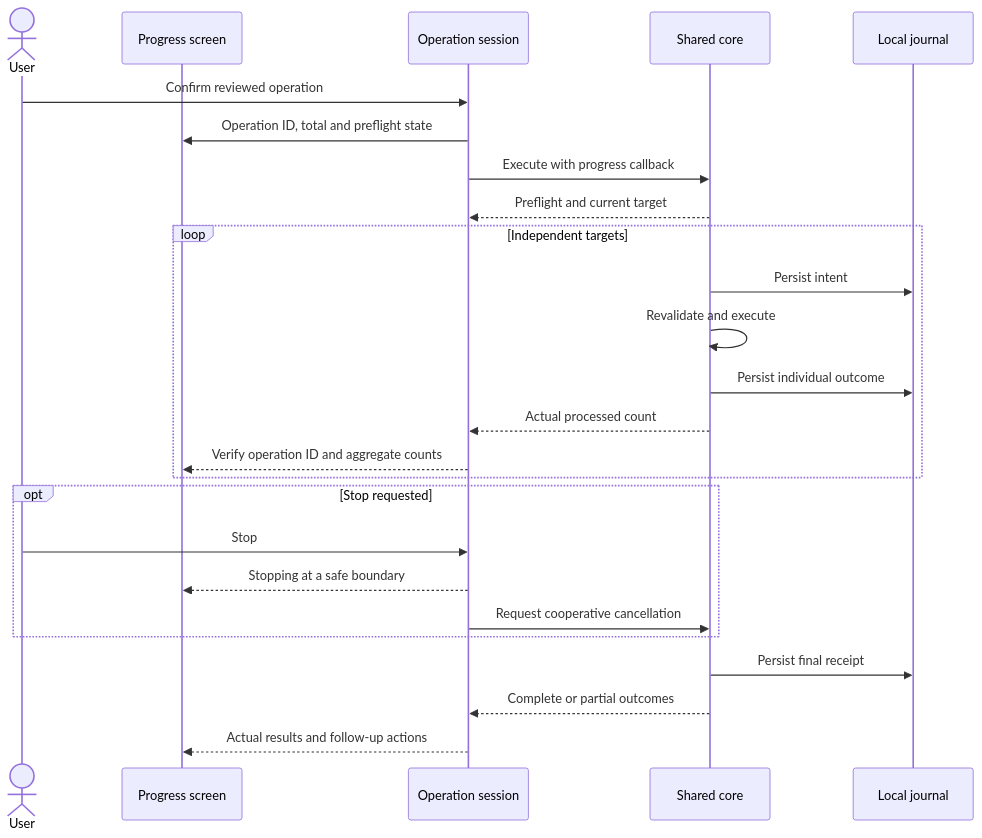
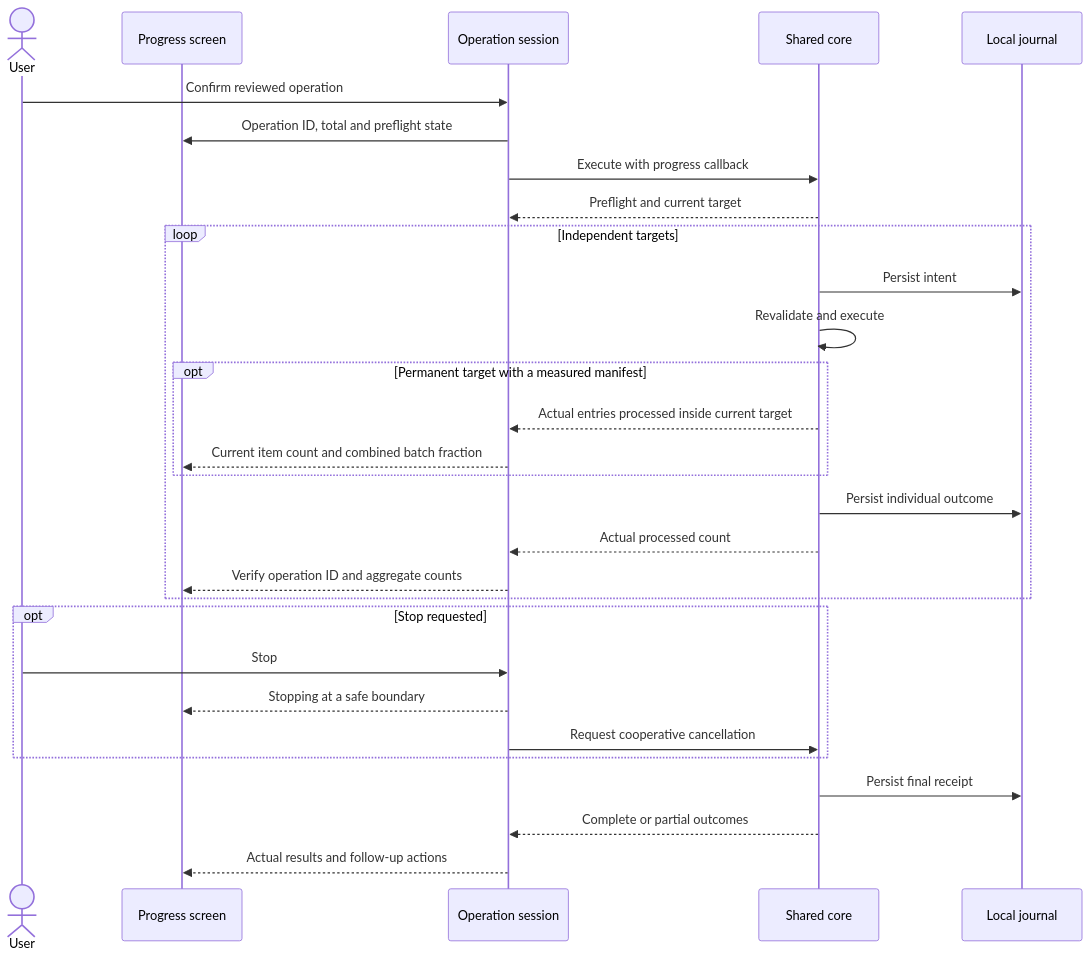
One commit to limecloud/shou changed the third of 3 diagrams in docs/product/operation-progress.md. Above: the diagram before and after it, drawn with Mermaid. The commit also changed other lines of this file and 86 other files, not shown here.

````diff
--- a/docs/product/operation-progress.md
+++ b/docs/product/operation-progress.md
@@ -63,27 +68,31 @@
 ```mermaid
 sequenceDiagram
   actor User
   participant UI as Progress screen
   participant Session as Operation session
   participant Core as Shared core
   participant Store as Local journal
   User->>Session: Confirm reviewed operation
   Session->>UI: Operation ID, total and preflight state
   Session->>Core: Execute with progress callback
   Core-->>Session: Preflight and current target
   loop Independent targets
     Core->>Store: Persist intent
     Core->>Core: Revalidate and execute
+    opt Permanent target with a measured manifest
+      Core-->>Session: Actual entries processed inside current target
+      Session-->>UI: Current item count and combined batch fraction
+    end
     Core->>Store: Persist individual outcome
     Core-->>Session: Actual processed count
     Session-->>UI: Verify operation ID and aggregate counts
   end
   opt Stop requested
     User->>Session: Stop
     Session-->>UI: Stopping at a safe boundary
     Session->>Core: Request cooperative cancellation
   end
   Core->>Store: Persist final receipt
   Core-->>Session: Complete or partial outcomes
   Session-->>UI: Actual results and follow-up actions
 ```
````
